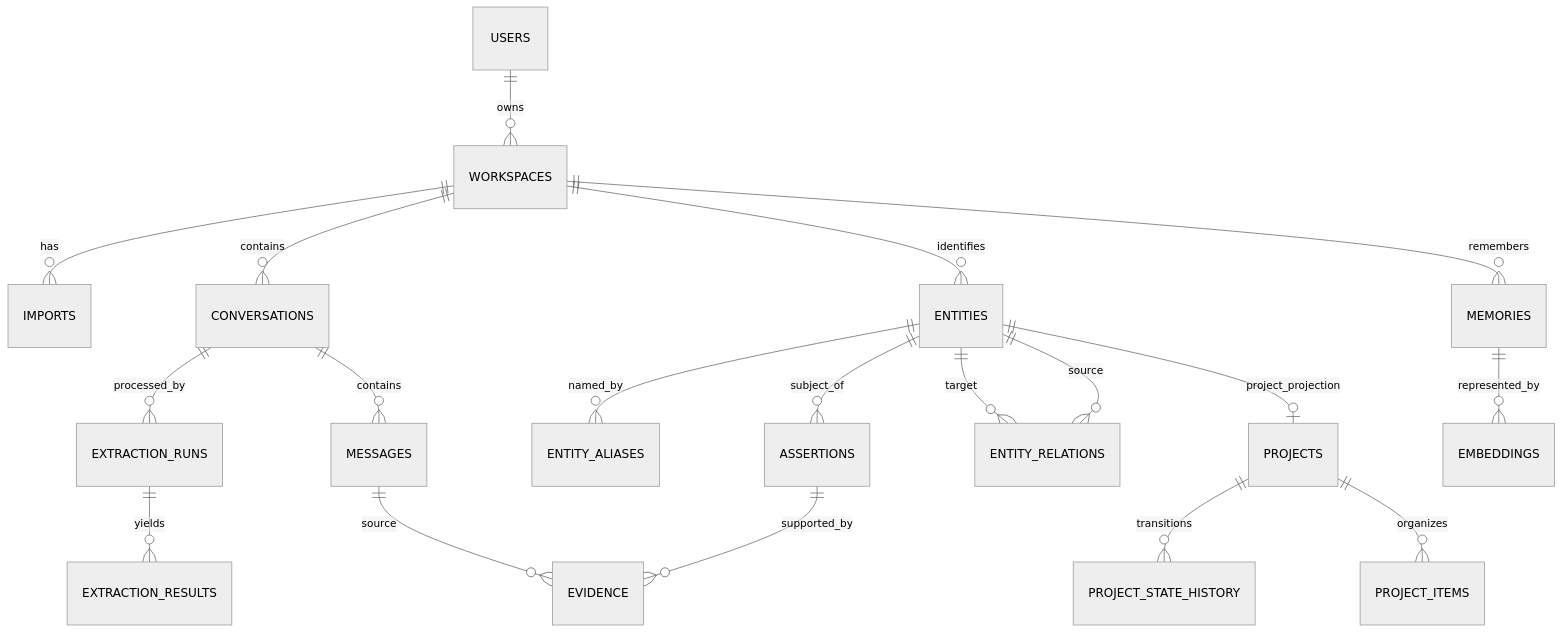
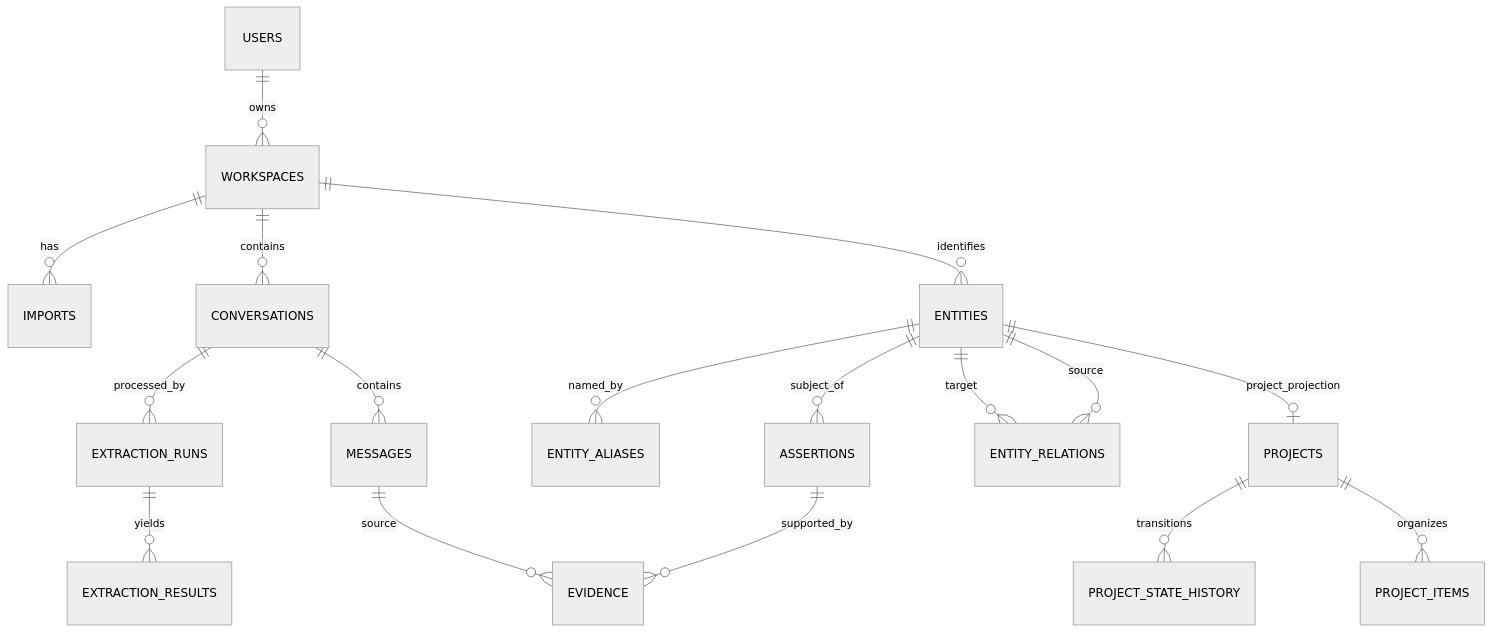
Before and after one commit to WaterMelonKnight/ContextMesh: the diagram in docs/DATA_MODEL.md, drawn with Mermaid (neutral theme). The commit also changed other lines of this file and 37 other files, not shown here.

````diff
--- a/docs/DATA_MODEL.md
+++ b/docs/DATA_MODEL.md
@@ -11,21 +11,19 @@
 ```mermaid
 erDiagram
   USERS ||--o{ WORKSPACES : owns
   WORKSPACES ||--o{ IMPORTS : has
   WORKSPACES ||--o{ CONVERSATIONS : contains
   CONVERSATIONS ||--o{ MESSAGES : contains
   CONVERSATIONS ||--o{ EXTRACTION_RUNS : processed_by
   EXTRACTION_RUNS ||--o{ EXTRACTION_RESULTS : yields
   WORKSPACES ||--o{ ENTITIES : identifies
   ENTITIES ||--o{ ENTITY_ALIASES : named_by
   ENTITIES ||--o{ ASSERTIONS : subject_of
   ASSERTIONS ||--o{ EVIDENCE : supported_by
   MESSAGES ||--o{ EVIDENCE : source
   ENTITIES ||--o{ ENTITY_RELATIONS : source
   ENTITIES ||--o{ ENTITY_RELATIONS : target
   ENTITIES ||--o| PROJECTS : project_projection
   PROJECTS ||--o{ PROJECT_STATE_HISTORY : transitions
   PROJECTS ||--o{ PROJECT_ITEMS : organizes
-  WORKSPACES ||--o{ MEMORIES : remembers
-  MEMORIES ||--o{ EMBEDDINGS : represented_by
 ```
````
